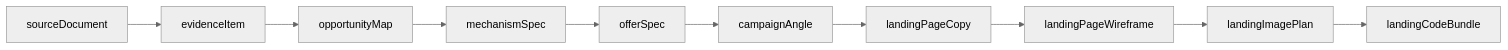
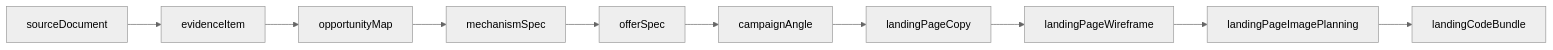
One commit to paulofor/marketing-hub changed the diagram in docs/modelo-canonico-artefatos-pipeline-experimento.md. Above: the diagram before and after it, drawn with Mermaid (neutral theme). The commit also changed other lines of this file, not shown here.

Commit message:
docs: detalha artefato de planejamento de imagens da landing

````diff
--- a/docs/modelo-canonico-artefatos-pipeline-experimento.md
+++ b/docs/modelo-canonico-artefatos-pipeline-experimento.md
@@ -111,12 +196,12 @@
 ```mermaid
 flowchart LR
   A[sourceDocument] --> B[evidenceItem]
   B --> C[opportunityMap]
   C --> D[mechanismSpec]
   D --> E[offerSpec]
   E --> F[campaignAngle]
   F --> G[landingPageCopy]
   G --> H[landingPageWireframe]
-  H --> I[landingImagePlan]
+  H --> I[landingPageImagePlanning]
   I --> J[landingCodeBundle]
 ```
````
